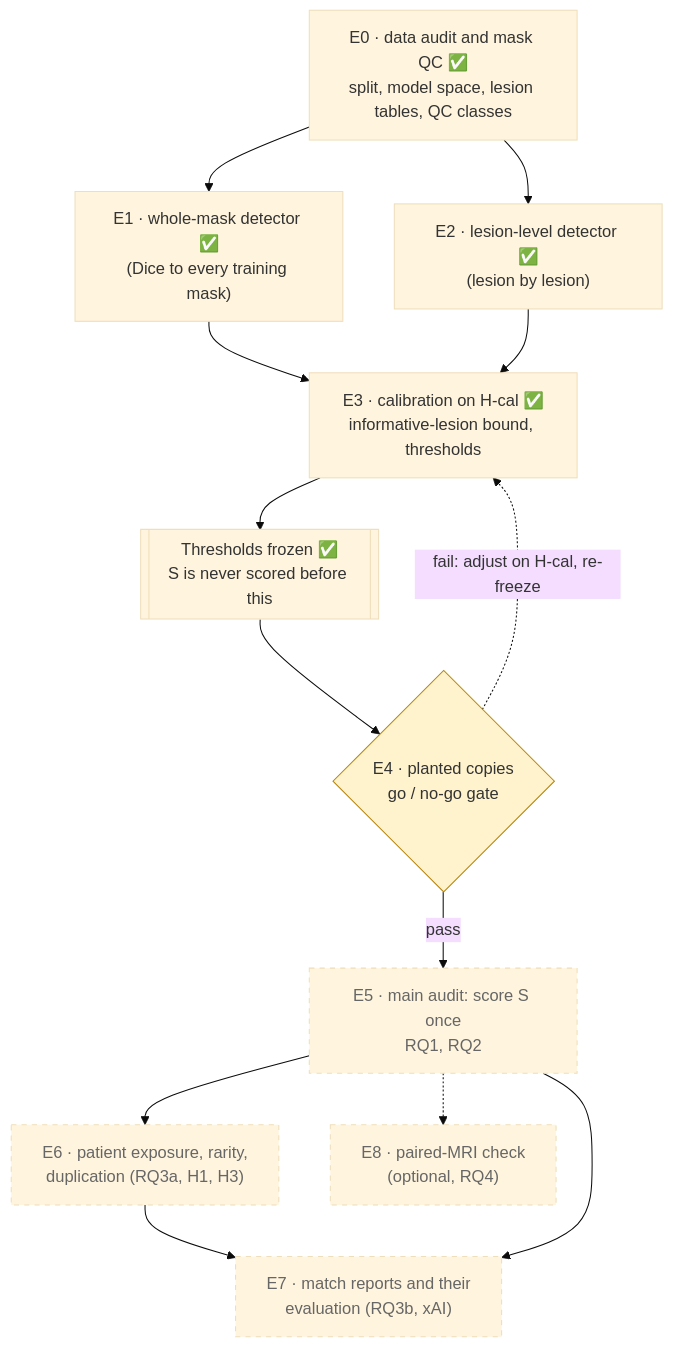
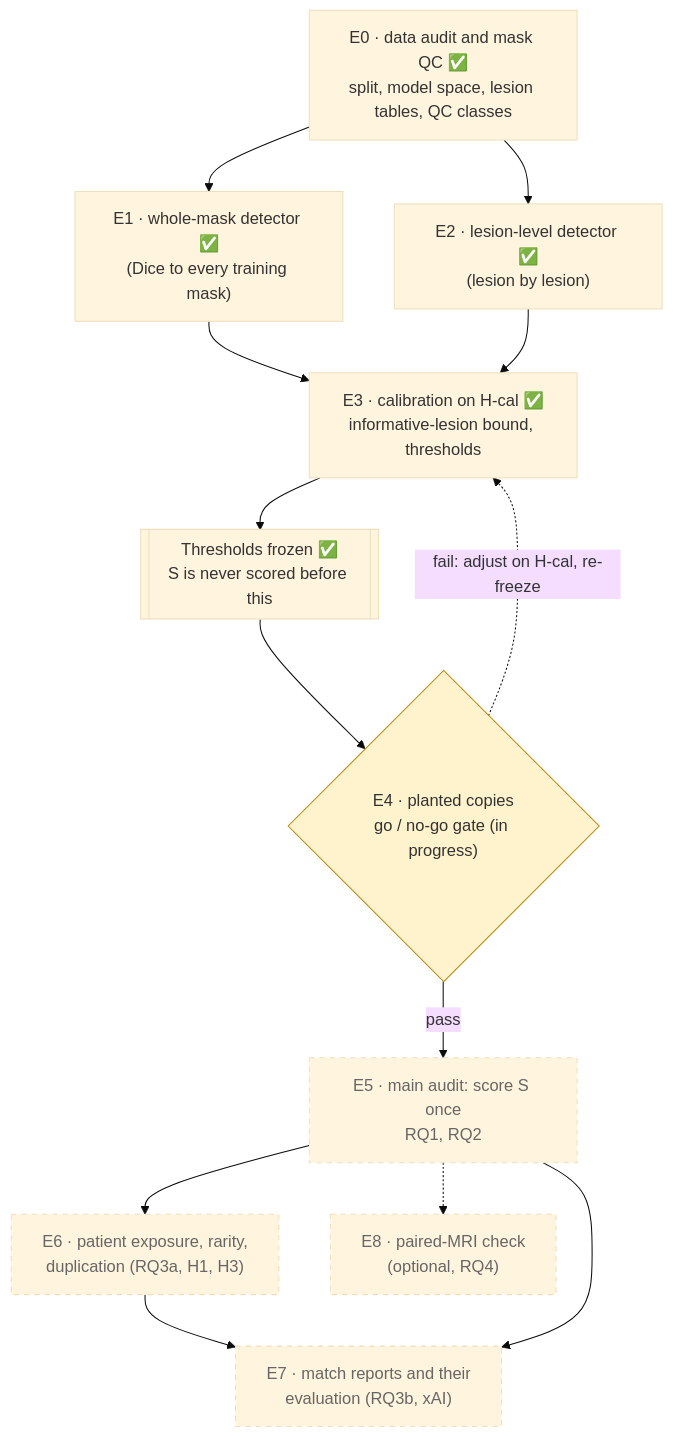
One commit to mattia3003/MT_project changed the first of 2 diagrams in docs/architecture.md. Above: the diagram before and after it, drawn with Mermaid (base theme). The commit also changed other lines of this file and 40 other files, not shown here.

````diff
--- a/docs/architecture.md
+++ b/docs/architecture.md
@@ -26,26 +27,26 @@
 ```mermaid
 flowchart TD
     E0["E0 · data audit and mask QC ✅<br/>split, model space, lesion tables, QC classes"]
     E1["E1 · whole-mask detector ✅<br/>(Dice to every training mask)"]
     E2["E2 · lesion-level detector ✅<br/>(lesion by lesion)"]
     E3["E3 · calibration on H-cal ✅<br/>informative-lesion bound, thresholds"]
     FREEZE[["Thresholds frozen ✅<br/>S is never scored before this"]]
-    E4{"E4 · planted copies<br/>go / no-go gate"}
+    E4{"E4 · planted copies<br/>go / no-go gate (in progress)"}
     E5["E5 · main audit: score S once<br/>RQ1, RQ2"]
     E6["E6 · patient exposure, rarity,<br/>duplication (RQ3a, H1, H3)"]
     E7["E7 · match reports and their<br/>evaluation (RQ3b, xAI)"]
     E8["E8 · paired-MRI check<br/>(optional, RQ4)"]
 
     E0 --> E1 & E2
     E1 & E2 --> E3 --> FREEZE --> E4
     E4 -->|pass| E5
     E4 -.->|"fail: adjust on H-cal, re-freeze"| E3
     E5 --> E6 --> E7
     E5 --> E7
     E5 -.-> E8
 
     classDef next fill:#fff3cd,stroke:#b8860b
     classDef planned stroke-dasharray: 5 5,color:#666
     class E4 next
     class E5,E6,E7,E8 planned
 ```
````
